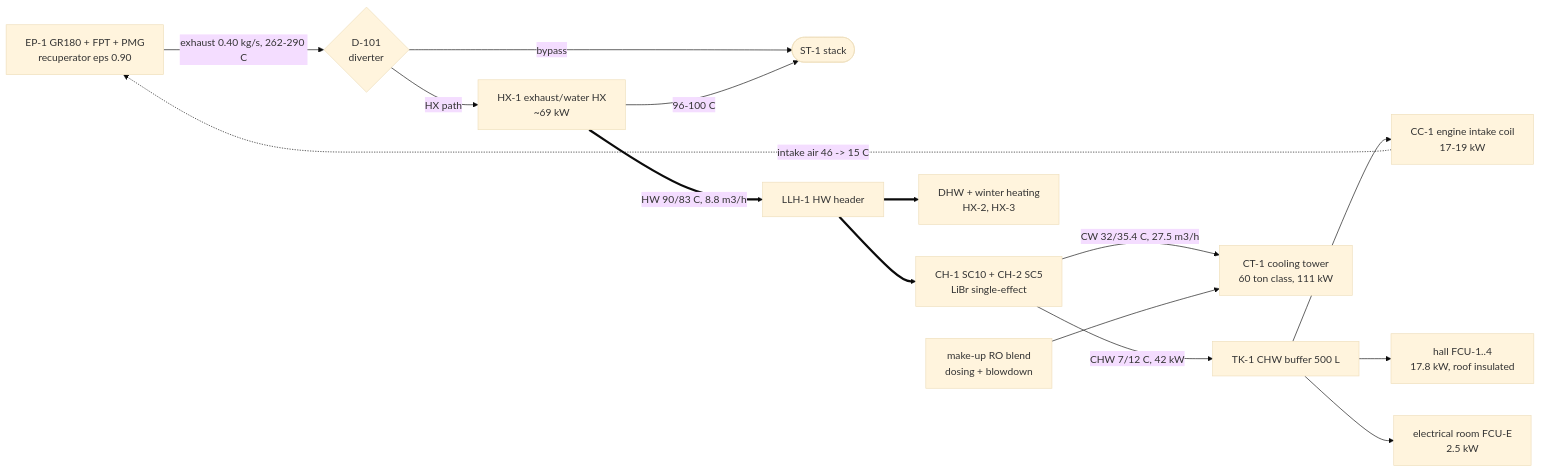
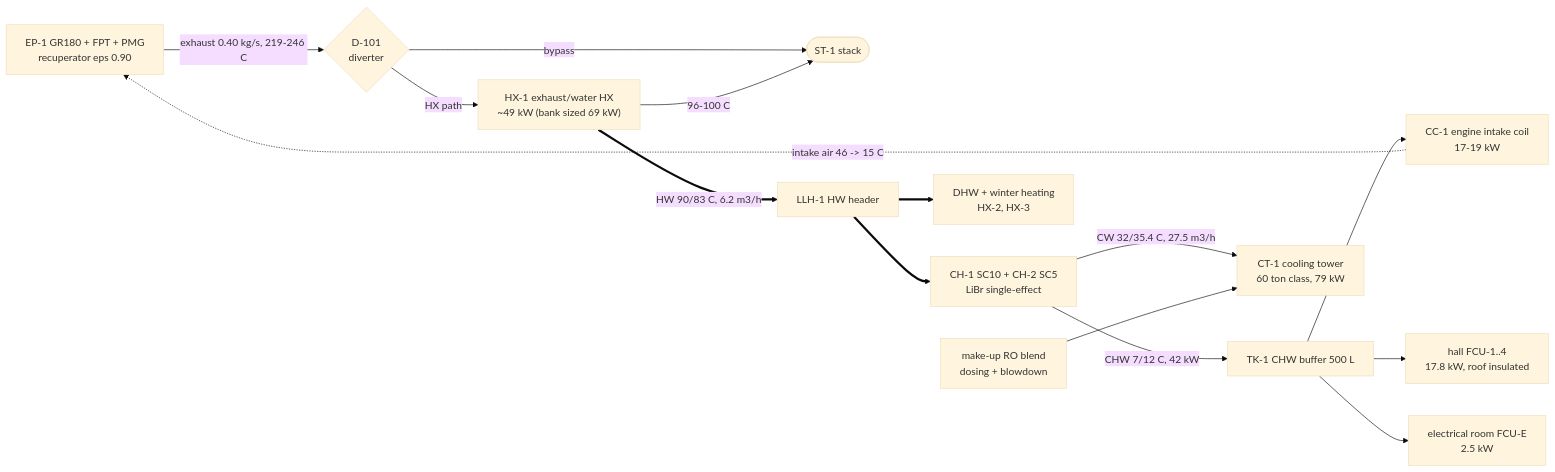
Before and after one commit to ahmadreza221/aurora-cchp: the first of 4 diagrams in docs/hvac/01_pid.md, drawn with Mermaid (base theme). The commit also changed other lines of this file and 33 other files, not shown here.

````diff
--- a/docs/hvac/01_pid.md
+++ b/docs/hvac/01_pid.md
@@ -9,30 +9,30 @@
 ```mermaid
 flowchart LR
   ENG["EP-1 GR180 + FPT + PMG<br/>recuperator eps 0.90"]
   D101{"D-101<br/>diverter"}
-  HX1["HX-1 exhaust/water HX<br/>~69 kW"]
+  HX1["HX-1 exhaust/water HX<br/>~49 kW (bank sized 69 kW)"]
   ST1(["ST-1 stack"])
   LLH["LLH-1 HW header"]
   CH["CH-1 SC10 + CH-2 SC5<br/>LiBr single-effect"]
   DHW["DHW + winter heating<br/>HX-2, HX-3"]
   TK1["TK-1 CHW buffer 500 L"]
   CC1["CC-1 engine intake coil<br/>17-19 kW"]
   FCU["hall FCU-1..4<br/>17.8 kW, roof insulated"]
   FCUE["electrical room FCU-E<br/>2.5 kW"]
-  CT1["CT-1 cooling tower<br/>60 ton class, 111 kW"]
+  CT1["CT-1 cooling tower<br/>60 ton class, 79 kW"]
   WT["make-up RO blend<br/>dosing + blowdown"]
-  ENG -->|"exhaust 0.40 kg/s, 262-290 C"| D101
+  ENG -->|"exhaust 0.40 kg/s, 219-246 C"| D101
   D101 -->|"HX path"| HX1
   D101 -->|"bypass"| ST1
   HX1 -->|"96-100 C"| ST1
-  HX1 ==>|"HW 90/83 C, 8.8 m3/h"| LLH
+  HX1 ==>|"HW 90/83 C, 6.2 m3/h"| LLH
   LLH ==> CH
   LLH ==> DHW
   CH -->|"CHW 7/12 C, 42 kW"| TK1
   TK1 --> CC1
   TK1 --> FCU
   TK1 --> FCUE
   CH -->|"CW 32/35.4 C, 27.5 m3/h"| CT1
   WT --> CT1
   CC1 -.->|"intake air 46 -> 15 C"| ENG
 ```
````
